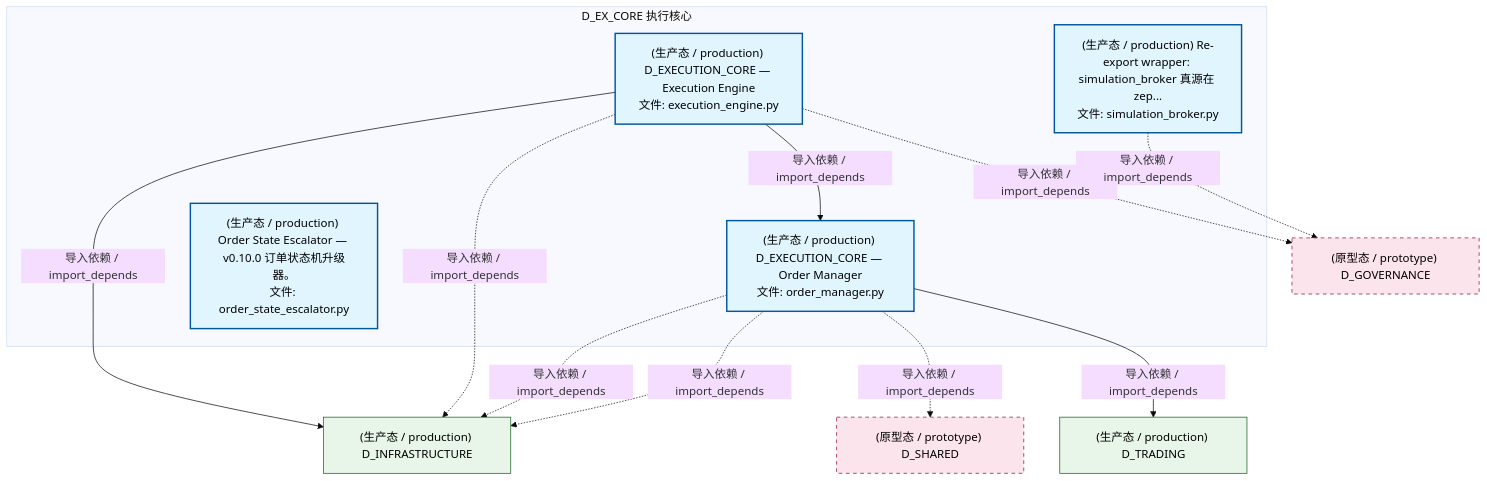
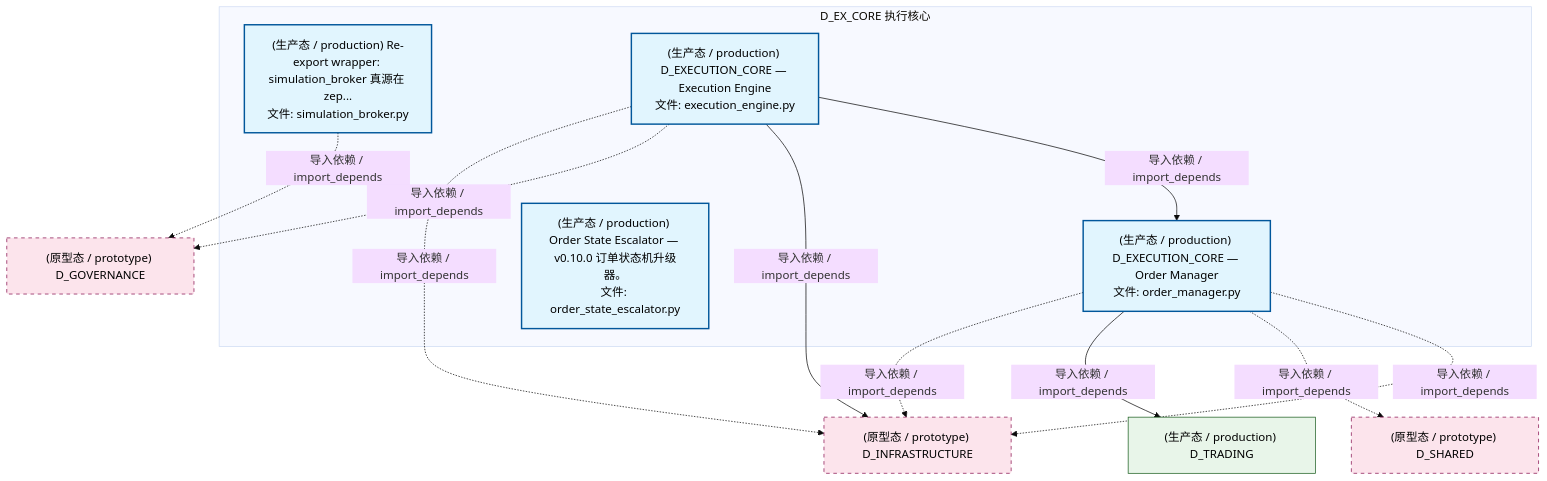
The second of 5 diagrams in docs/02_enterprise_architecture/02_domain_architecture_docs/34_d_ex_core.md (xuanFelixVan/ZephyrAlpha), drawn with Mermaid (base theme) before and after one commit. The commit also changed other lines of this file and 96 other files, not shown here.

````diff
--- a/docs/02_enterprise_architecture/02_domain_architecture_docs/34_d_ex_core.md
+++ b/docs/02_enterprise_architecture/02_domain_architecture_docs/34_d_ex_core.md
@@ -126,29 +126,29 @@
 ```mermaid
 graph TD
     subgraph D_EX_CORE["D_EX_CORE 执行核心"]
         src_zephyr_ex_core_adapters_simulation_broker_py["(生产态 / production) Re-export wrapper: simulation_broker 真源在 zep...<br/>文件: simulation_broker.py"]
         src_zephyr_ex_core_execution_engine_py["(生产态 / production) D_EXECUTION_CORE — Execution Engine<br/>文件: execution_engine.py"]
         src_zephyr_ex_core_order_manager_py["(生产态 / production) D_EXECUTION_CORE — Order Manager<br/>文件: order_manager.py"]
         src_zephyr_governance_escalation_order_state_escalator_py["(生产态 / production) Order State Escalator — v0.10.0 订单状态机升级器。<br/>文件: order_state_escalator.py"]
     end
     src_zephyr_ex_core_execution_engine_py -->|导入依赖 / import_depends| src_zephyr_ex_core_order_manager_py
-    D_INFRASTRUCTURE["(生产态 / production) D_INFRASTRUCTURE"]
-    src_zephyr_ex_core_execution_engine_py -->|导入依赖 / import_depends| D_INFRASTRUCTURE
-    D_GOVERNANCE["(原型态 / prototype) D_GOVERNANCE"]
-    src_zephyr_ex_core_execution_engine_py -.->|导入依赖 / import_depends| D_GOVERNANCE
-    src_zephyr_ex_core_execution_engine_py -.->|导入依赖 / import_depends| D_INFRASTRUCTURE
+    D_INFRASTRUCTURE["(原型态 / prototype) D_INFRASTRUCTURE"]
     src_zephyr_ex_core_order_manager_py -.->|导入依赖 / import_depends| D_INFRASTRUCTURE
     D_SHARED["(原型态 / prototype) D_SHARED"]
     src_zephyr_ex_core_order_manager_py -.->|导入依赖 / import_depends| D_SHARED
     D_TRADING["(生产态 / production) D_TRADING"]
     src_zephyr_ex_core_order_manager_py -->|导入依赖 / import_depends| D_TRADING
     src_zephyr_ex_core_order_manager_py -.->|导入依赖 / import_depends| D_INFRASTRUCTURE
+    D_GOVERNANCE["(原型态 / prototype) D_GOVERNANCE"]
     src_zephyr_ex_core_adapters_simulation_broker_py -.->|导入依赖 / import_depends| D_GOVERNANCE
+    src_zephyr_ex_core_execution_engine_py -->|导入依赖 / import_depends| D_INFRASTRUCTURE
+    src_zephyr_ex_core_execution_engine_py -.->|导入依赖 / import_depends| D_GOVERNANCE
+    src_zephyr_ex_core_execution_engine_py -.->|导入依赖 / import_depends| D_INFRASTRUCTURE
     classDef production fill:#e1f5fe,stroke:#01579b,stroke-width:2px,color:#000
     classDef design fill:#fff3e0,stroke:#e65100,stroke-width:2px,color:#000,stroke-dasharray: 5 5
     classDef external_prod fill:#e8f5e9,stroke:#1b5e20,stroke-width:1px,color:#000
     classDef external_design fill:#fce4ec,stroke:#880e4f,stroke-width:1px,color:#000,stroke-dasharray: 5 5
     class src_zephyr_ex_core_adapters_simulation_broker_py,src_zephyr_ex_core_execution_engine_py,src_zephyr_ex_core_order_manager_py,src_zephyr_governance_escalation_order_state_escalator_py production
-    class D_INFRASTRUCTURE,D_TRADING external_prod
-    class D_GOVERNANCE,D_SHARED external_design
+    class D_TRADING external_prod
+    class D_INFRASTRUCTURE,D_SHARED,D_GOVERNANCE external_design
 ```
````
